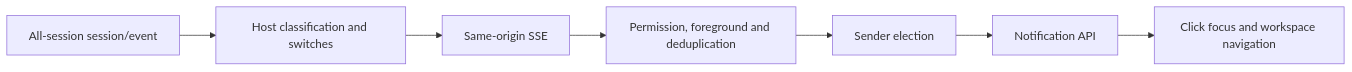
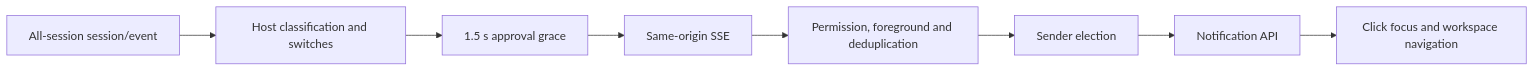
One commit to Ycet/dsh-notifications changed the diagram in README_en.md. Above: the diagram before and after it, drawn with Mermaid. The commit also changed other lines of this file and 19 other files, not shown here.

````diff
--- a/README_en.md
+++ b/README_en.md
@@ -101,9 +142,10 @@
 ```mermaid
 flowchart LR
     E["All-session session/event"] --> C["Host classification and switches"]
-    C --> S["Same-origin SSE"]
+    C --> G["1.5 s approval grace"]
+    G --> S["Same-origin SSE"]
     S --> F["Permission, foreground and deduplication"]
     F --> L["Sender election"]
     L --> N["Notification API"]
     N --> O["Click focus and workspace navigation"]
 ```
````
